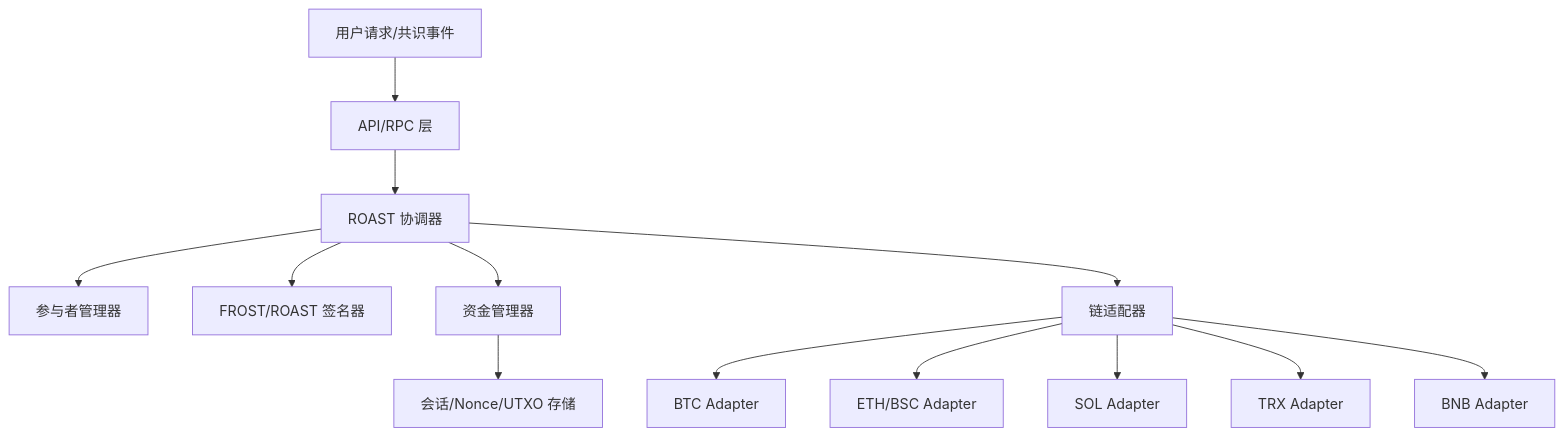
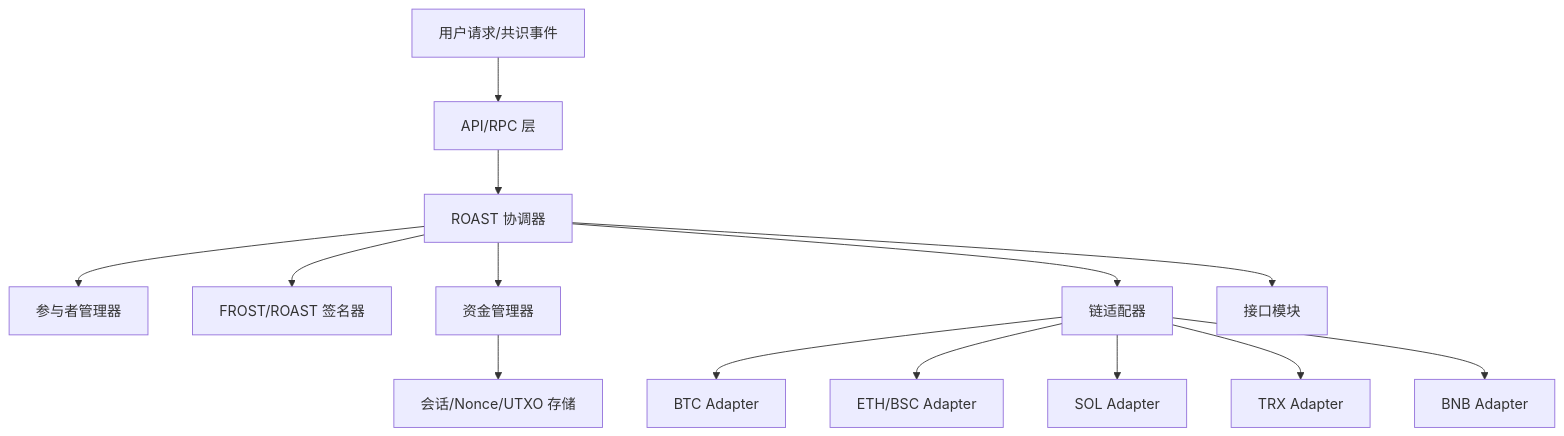
One commit to davidLeeeeeeeeeeee/dex changed the diagram in frost/design.md. Above: the diagram before and after it, drawn with Mermaid. The commit also changed other lines of this file and 1 other file, not shown here.

````diff
--- a/frost/design.md
+++ b/frost/design.md
@@ -13,18 +13,19 @@
 ```mermaid
 flowchart TB
     Client[用户请求/共识事件] --> API[API/RPC 层]
     API --> Orchestrator[ROAST 协调器]
 
     Orchestrator --> ParticipantMgr[参与者管理器]
     Orchestrator --> Signer[FROST/ROAST 签名器]
     Orchestrator --> FundMgr[资金管理器]
     Orchestrator --> Adapters[链适配器]
+    Orchestrator --> Interface[接口模块]
 
     FundMgr --> SessionStore[会话/Nonce/UTXO 存储]
 
     Adapters --> BTC[BTC Adapter]
     Adapters --> ETH[ETH/BSC Adapter]
     Adapters --> SOL[SOL Adapter]
     Adapters --> TRX[TRX Adapter]
     Adapters --> BNB[BNB Adapter]
 ```
````
